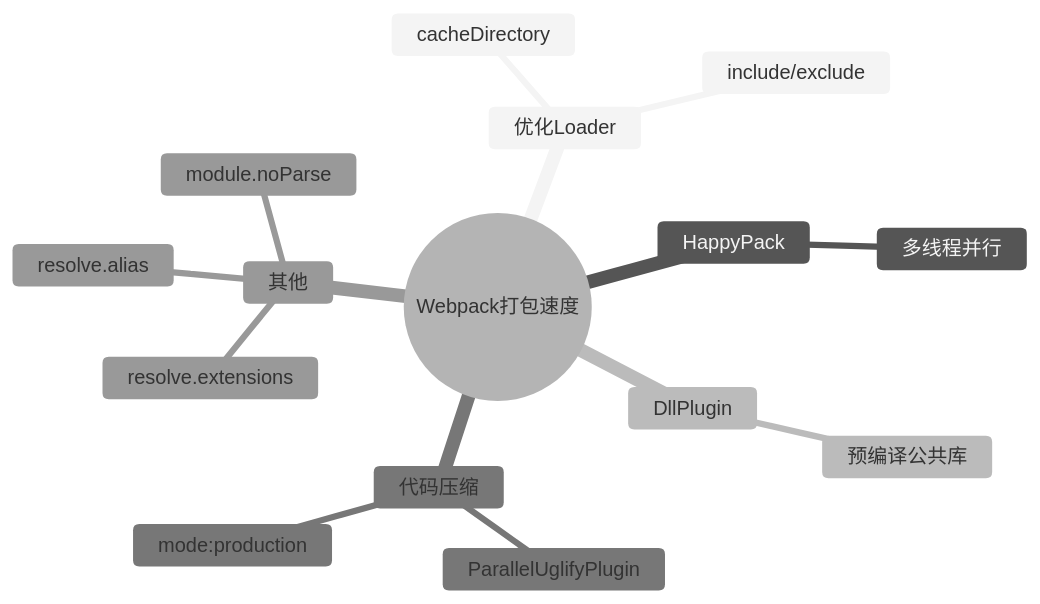
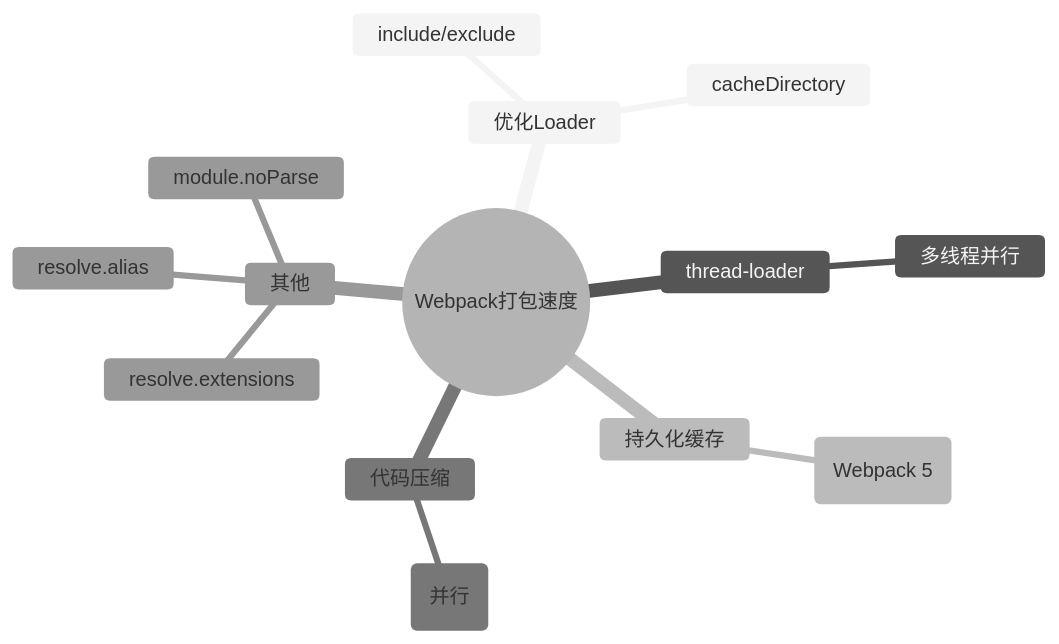
The ninth of 31 diagrams in S3-进阶提升/09-性能优化-详解版.md (KMaybe01/common), drawn with Mermaid (neutral theme) before and after one commit. The commit also changed other lines of this file and 6 other files, not shown here.

````diff
--- a/S3-进阶提升/09-性能优化-详解版.md
+++ b/S3-进阶提升/09-性能优化-详解版.md
@@ -471,18 +471,17 @@
 ```mermaid
 mindmap
   root((Webpack打包速度))
     优化Loader
       include/exclude
       cacheDirectory
-    HappyPack
+    thread-loader
       多线程并行
-    DllPlugin
-      预编译公共库
+    持久化缓存
+      替代DllPlugin(Webpack 5)
     代码压缩
-      ParallelUglifyPlugin
-      mode:production
+      terser-webpack-plugin(并行)
     其他
       resolve.extensions
       resolve.alias
       module.noParse
 ```
````
